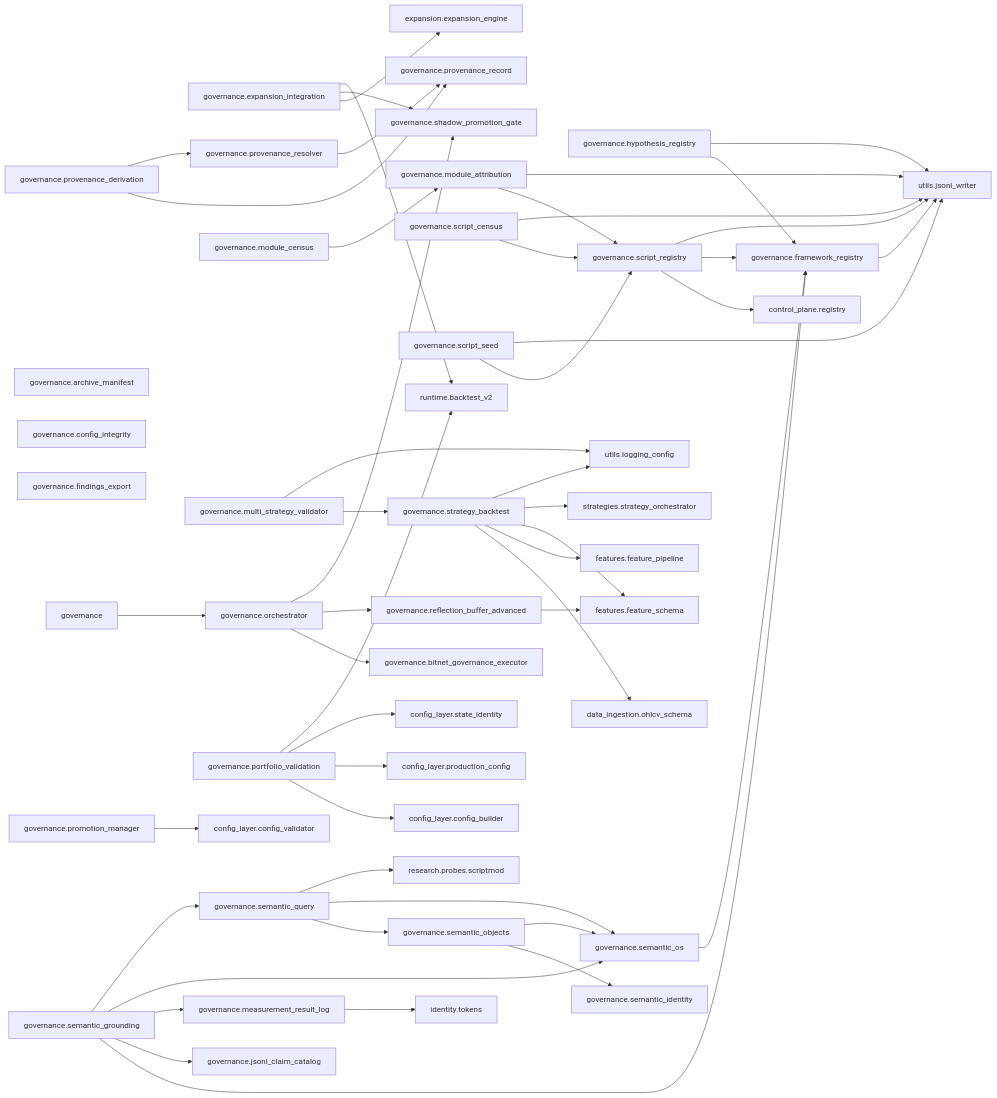
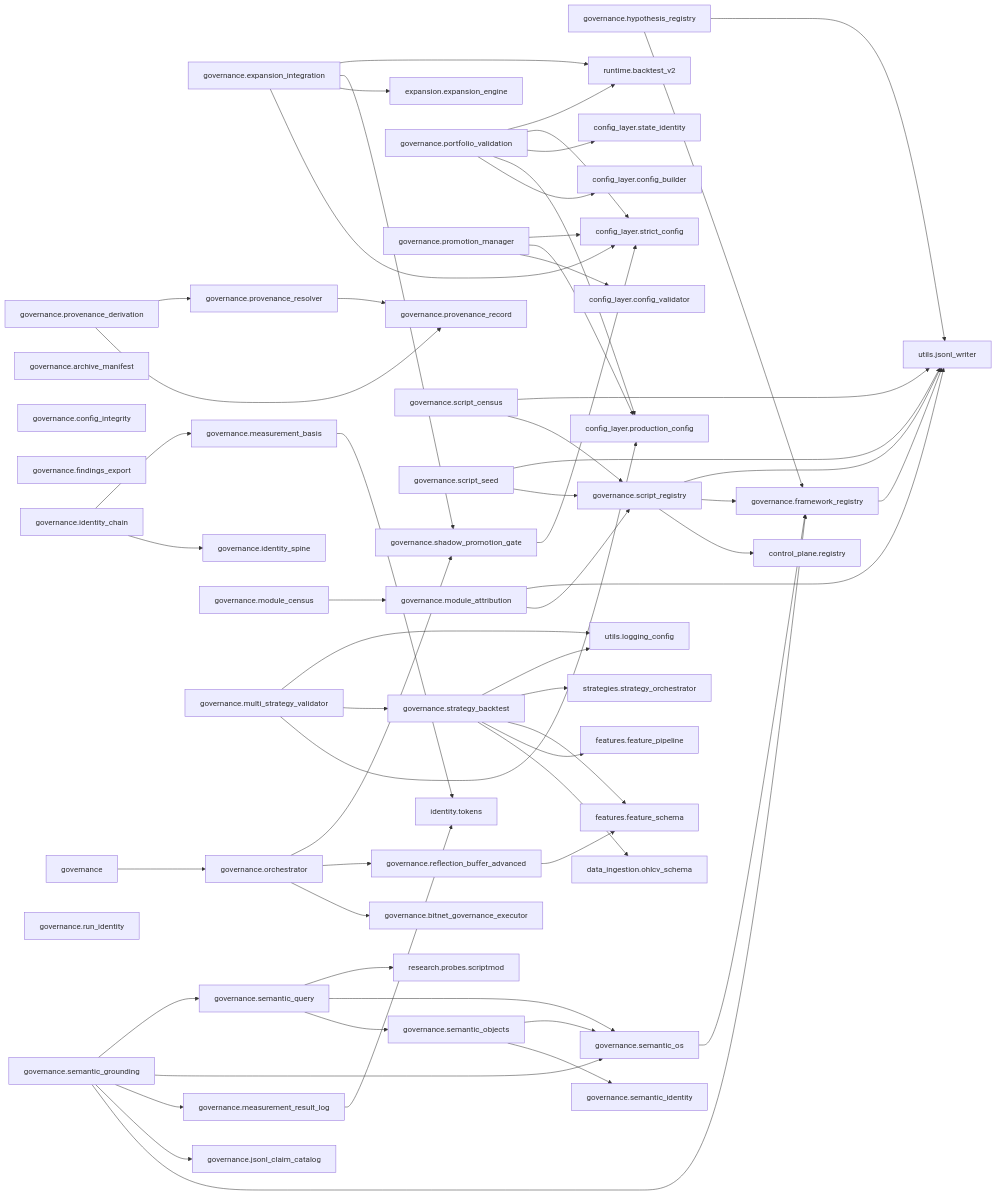
Before and after one commit to Chaithu1995-0312/TradeHlt: diagram 17 of 41 in docs/architecture/code-map.generated.md, drawn with Mermaid. The commit also changed other lines of this file and 6 other files, not shown here.

```diff
--- a/docs/architecture/code-map.generated.md
+++ b/docs/architecture/code-map.generated.md
@@ -1096,7 +1189,10 @@
     governance_findings_export["governance.findings_export"]
     governance_framework_registry["governance.framework_registry"]
     governance_hypothesis_registry["governance.hypothesis_registry"]
+    governance_identity_chain["governance.identity_chain"]
+    governance_identity_spine["governance.identity_spine"]
     governance_jsonl_claim_catalog["governance.jsonl_claim_catalog"]
+    governance_measurement_basis["governance.measurement_basis"]
     governance_measurement_result_log["governance.measurement_result_log"]
     governance_module_attribution["governance.module_attribution"]
     governance_module_census["governance.module_census"]
@@ -1108,6 +1204,7 @@
     governance_provenance_record["governance.provenance_record"]
     governance_provenance_resolver["governance.provenance_resolver"]
     governance_reflection_buffer_advanced["governance.reflection_buffer_advanced"]
+    governance_run_identity["governance.run_identity"]
     governance_script_census["governance.script_census"]
     governance_script_registry["governance.script_registry"]
     governance_script_seed["governance.script_seed"]
@@ -1122,6 +1219,7 @@
     config_layer_config_validator["config_layer.config_validator"]
     config_layer_production_config["config_layer.production_config"]
     config_layer_state_identity["config_layer.state_identity"]
+    config_layer_strict_config["config_layer.strict_config"]
     control_plane_registry["control_plane.registry"]
     data_ingestion_ohlcv_schema["data_ingestion.ohlcv_schema"]
     expansion_expansion_engine["expansion.expansion_engine"]
@@ -1134,16 +1232,21 @@
     utils_jsonl_writer["utils.jsonl_writer"]
     utils_logging_config["utils.logging_config"]
     governance --> governance_orchestrator
+    governance_expansion_integration --> config_layer_strict_config
     governance_expansion_integration --> expansion_expansion_engine
     governance_expansion_integration --> governance_shadow_promotion_gate
     governance_expansion_integration --> runtime_backtest_v2
     governance_framework_registry --> utils_jsonl_writer
     governance_hypothesis_registry --> governance_framework_registry
     governance_hypothesis_registry --> utils_jsonl_writer
+    governance_identity_chain --> governance_identity_spine
+    governance_identity_chain --> governance_measurement_basis
+    governance_measurement_basis --> identity_tokens
     governance_measurement_result_log --> identity_tokens
     governance_module_attribution --> governance_script_registry
     governance_module_attribution --> utils_jsonl_writer
     governance_module_census --> governance_module_attribution
+    governance_multi_strategy_validator --> config_layer_production_config
     governance_multi_strategy_validator --> governance_strategy_backtest
     governance_multi_strategy_validator --> utils_logging_config
     governance_orchestrator --> governance_bitnet_governance_executor
@@ -1152,8 +1255,11 @@
     governance_portfolio_validation --> config_layer_config_builder
     governance_portfolio_validation --> config_layer_production_config
     governance_portfolio_validation --> config_layer_state_identity
+    governance_portfolio_validation --> config_layer_strict_config
     governance_portfolio_validation --> runtime_backtest_v2
     governance_promotion_manager --> config_layer_config_validator
+    governance_promotion_manager --> config_layer_production_config
+    governance_promotion_manager --> config_layer_strict_config
     governance_provenance_derivation --> governance_provenance_record
     governance_provenance_derivation --> governance_provenance_resolver
     governance_provenance_resolver --> governance_provenance_record
@@ -1176,6 +1282,7 @@
     governance_semantic_query --> governance_semantic_objects
     governance_semantic_query --> governance_semantic_os
     governance_semantic_query --> research_probes_scriptmod
+    governance_shadow_promotion_gate --> config_layer_strict_config
     governance_strategy_backtest --> data_ingestion_ohlcv_schema
     governance_strategy_backtest --> features_feature_pipeline
     governance_strategy_backtest --> features_feature_schema
```
